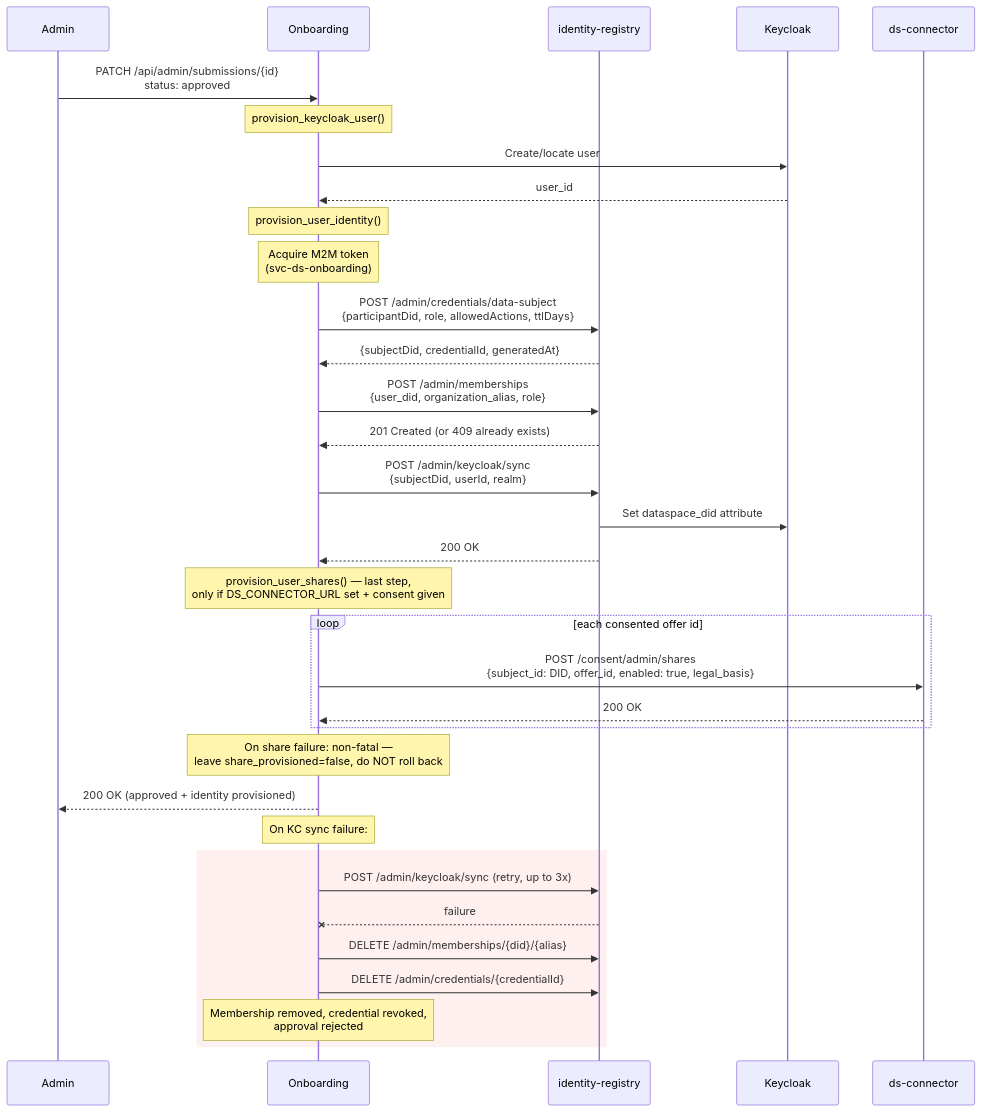
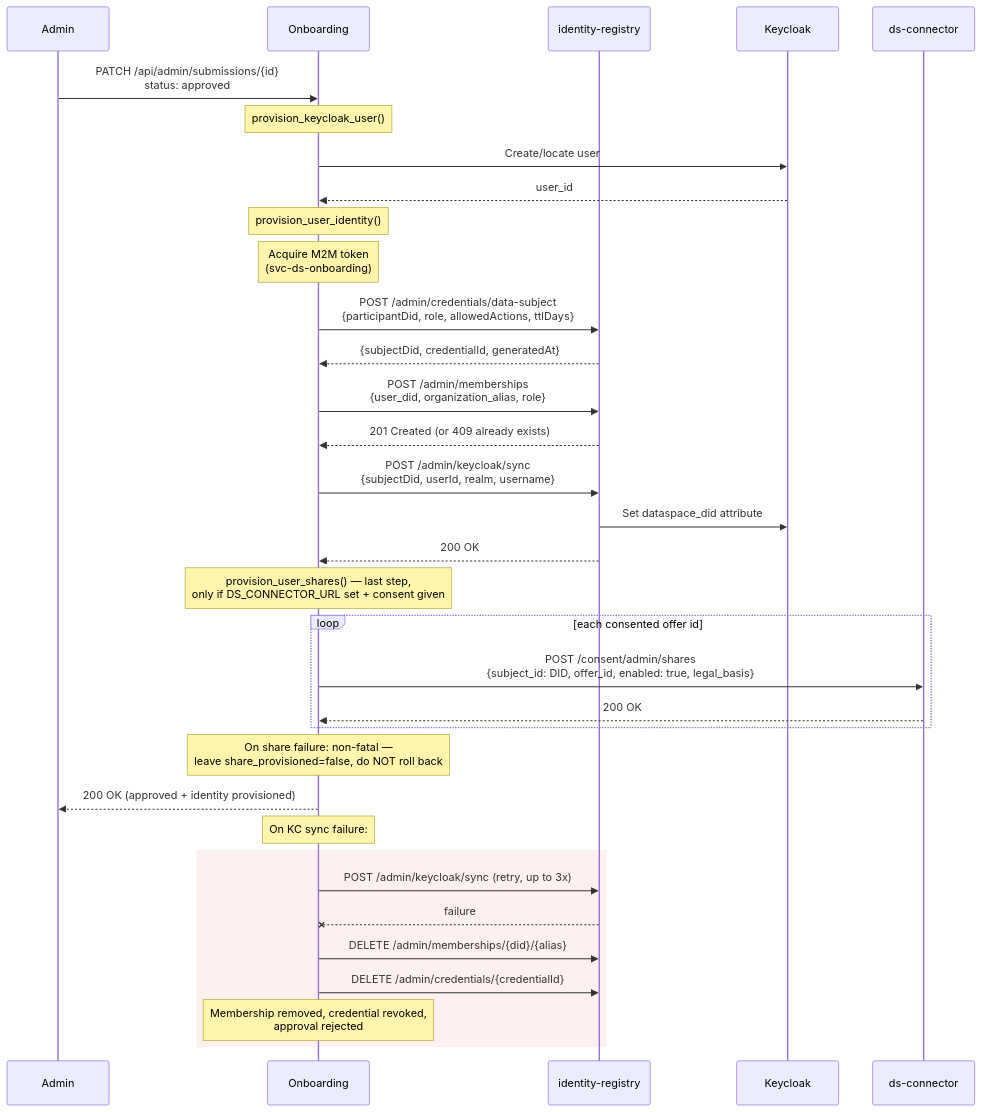
Before and after one commit to celine-eu/onboarding: the diagram in docs/dataspace-integration.md, drawn with Mermaid. The commit also changed other lines of this file and 5 other files, not shown here.

````diff
--- a/docs/dataspace-integration.md
+++ b/docs/dataspace-integration.md
@@ -30,45 +30,45 @@
 ```mermaid
 sequenceDiagram
     participant Admin
     participant Onboarding
     participant IdRegistry as identity-registry
     participant KC as Keycloak
     participant Connector as ds-connector
 
     Admin->>Onboarding: PATCH /api/admin/submissions/{id}<br/>status: approved
 
     Note over Onboarding: provision_keycloak_user()
     Onboarding->>KC: Create/locate user
     KC-->>Onboarding: user_id
 
     Note over Onboarding: provision_user_identity()
 
     Note over Onboarding: Acquire M2M token<br/>(svc-ds-onboarding)
     Onboarding->>IdRegistry: POST /admin/credentials/data-subject<br/>{participantDid, role, allowedActions, ttlDays}
     IdRegistry-->>Onboarding: {subjectDid, credentialId, generatedAt}
 
     Onboarding->>IdRegistry: POST /admin/memberships<br/>{user_did, organization_alias, role}
     IdRegistry-->>Onboarding: 201 Created (or 409 already exists)
 
-    Onboarding->>IdRegistry: POST /admin/keycloak/sync<br/>{subjectDid, userId, realm}
+    Onboarding->>IdRegistry: POST /admin/keycloak/sync<br/>{subjectDid, userId, realm, username}
     IdRegistry->>KC: Set dataspace_did attribute
     IdRegistry-->>Onboarding: 200 OK
 
     Note over Onboarding: provision_user_shares() — last step,<br/>only if DS_CONNECTOR_URL set + consent given
     loop each consented offer id
         Onboarding->>Connector: POST /consent/admin/shares<br/>{subject_id: DID, offer_id, enabled: true, legal_basis}
         Connector-->>Onboarding: 200 OK
     end
     Note over Onboarding: On share failure: non-fatal —<br/>leave share_provisioned=false, do NOT roll back
 
     Onboarding-->>Admin: 200 OK (approved + identity provisioned)
 
     Note over Onboarding: On KC sync failure:
     rect rgb(255, 240, 240)
         Onboarding->>IdRegistry: POST /admin/keycloak/sync (retry, up to 3x)
         IdRegistry--xOnboarding: failure
         Onboarding->>IdRegistry: DELETE /admin/memberships/{did}/{alias}
         Onboarding->>IdRegistry: DELETE /admin/credentials/{credentialId}
         Note over Onboarding: Membership removed, credential revoked,<br/>approval rejected
     end
 ```
````
